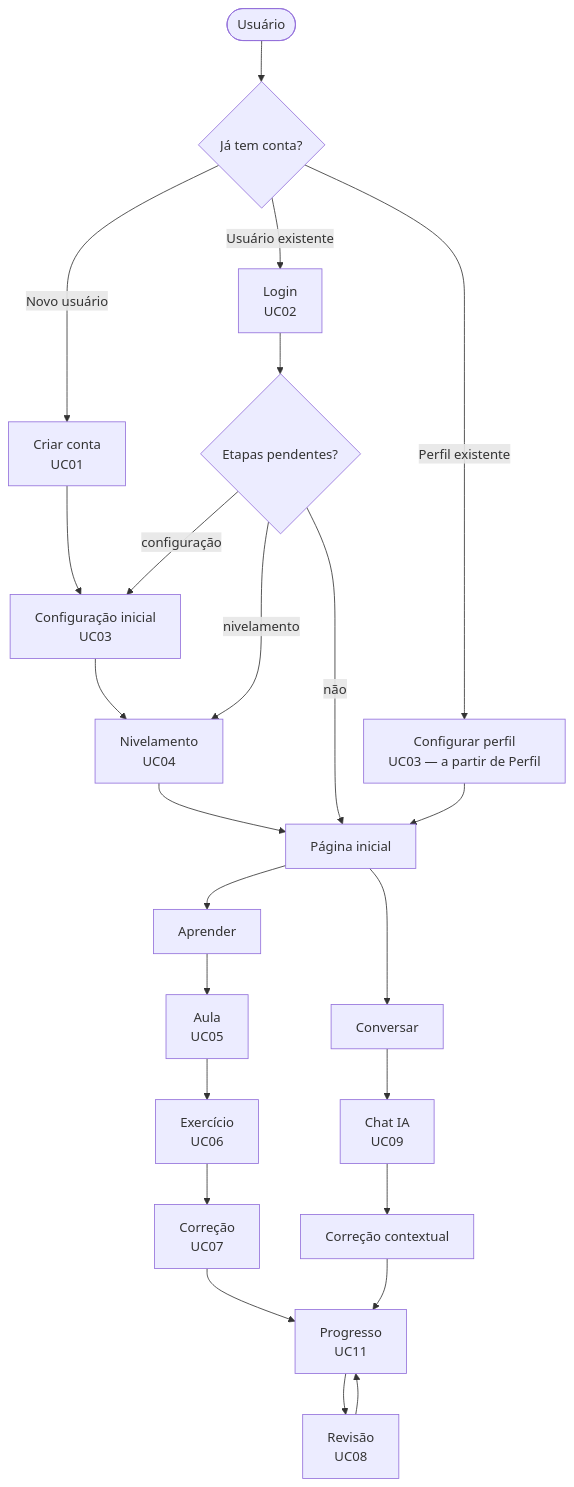
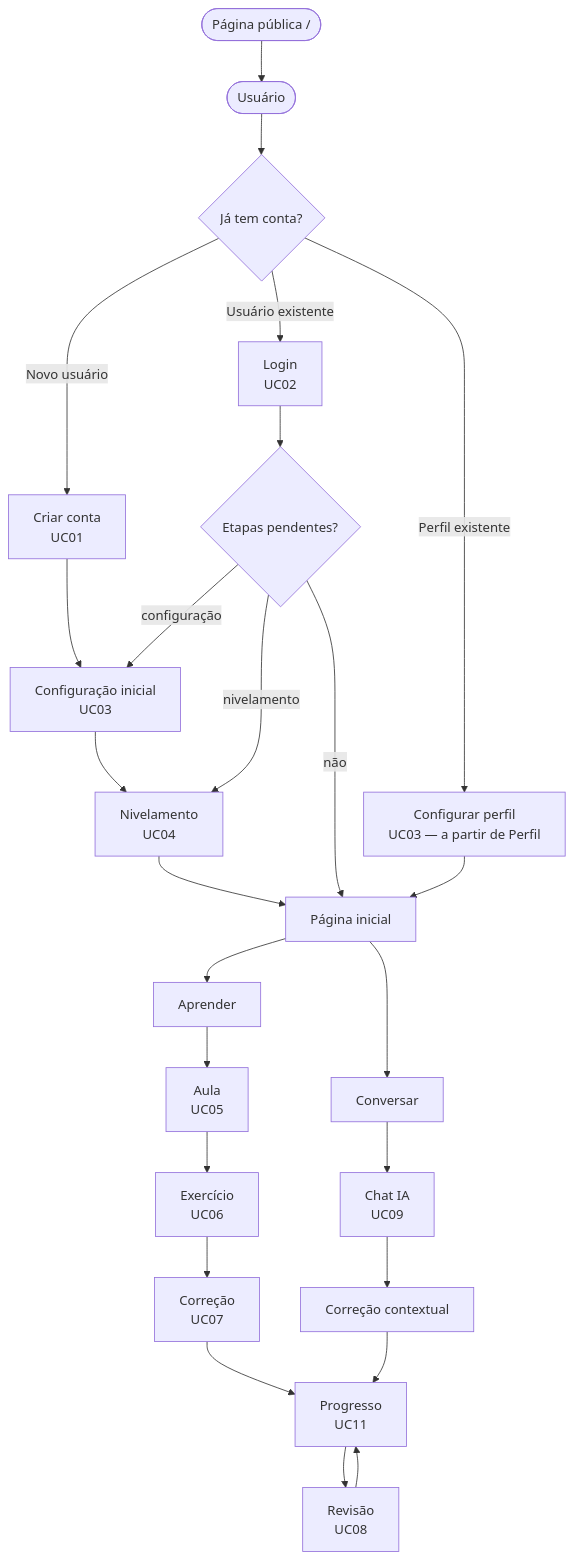
One commit to Helio965/language-tool changed the first of 8 diagrams in docs/USER-FLOWS.md. Above: the diagram before and after it, drawn with Mermaid. The commit also changed other lines of this file and 9 other files, not shown here.

First line of the commit message:
docs: document landing, email and password reset architecture

````diff
--- a/docs/USER-FLOWS.md
+++ b/docs/USER-FLOWS.md
@@ -7,26 +7,27 @@
 ```mermaid
 flowchart TD
-    U([Usuário]) --> Q{Já tem conta?}
+    LP([Página pública /]) --> U([Usuário])
+    U --> Q{Já tem conta?}
     Q -- "Novo usuário" --> C[Criar conta<br/>UC01]
     Q -- "Usuário existente" --> L[Login<br/>UC02]
     Q -- "Perfil existente" --> P2[Configurar perfil<br/>UC03 — a partir de Perfil]
     C --> P[Configuração inicial<br/>UC03]
     P --> N[Nivelamento<br/>UC04]
     L --> R{Etapas pendentes?}
     R -- "configuração" --> P
     R -- "nivelamento" --> N
     R -- "não" --> H
     N --> H[Página inicial]
     P2 --> H
     H --> A[Aprender]
     H --> V[Conversar]
     A --> AU[Aula<br/>UC05]
     AU --> EX[Exercício<br/>UC06]
     EX --> CO[Correção<br/>UC07]
     V --> CH[Chat IA<br/>UC09]
     CH --> CC[Correção contextual]
     CO --> PR[Progresso<br/>UC11]
     CC --> PR
     PR --> RV[Revisão<br/>UC08]
     RV --> PR
 ```
````
